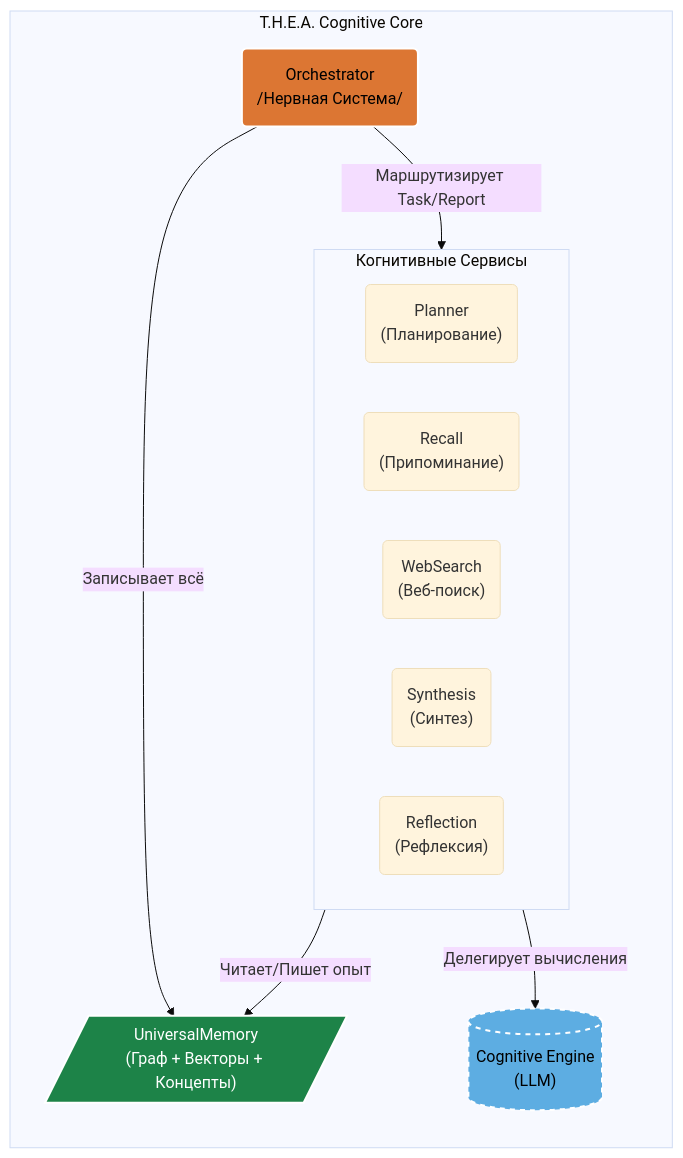
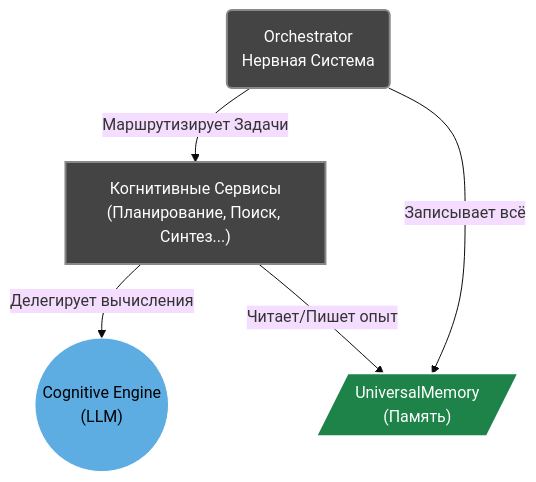
One commit to mcasdfgf/thea changed the second of 3 diagrams in ARCHITECTURE.ru.md. Above: the diagram before and after it, drawn with Mermaid (base theme). The commit also changed other lines of this file and 1 other file, not shown here.

````diff
--- a/ARCHITECTURE.ru.md
+++ b/ARCHITECTURE.ru.md
@@ -68,29 +58,20 @@
 ```mermaid
-graph TD
-    subgraph T.H.E.A. Cognitive Core
-        direction TB
-        
-        Orchestrator(Orchestrator<br/>/Нервная Система/)
-        
-        subgraph Services [Когнитивные Сервисы]
-            Planner("Planner<br/>(Планирование)")
-            Recall("Recall<br/>(Припоминание)")
-            WebSearch("WebSearch<br/>(Веб-поиск)")
-            Synthesizer("Synthesis<br/>(Синтез)")
-            Reflection("Reflection<br/>(Рефлексия)")
-        end
-        
-        LLM[("Cognitive Engine<br/>(LLM)")]
+flowchart TD
+    Orchestrator("Orchestrator<br/>Нервная Система")
+    Services["Когнитивные Сервисы<br/>(Планирование, Поиск, Синтез...)"]
+    LLM(("Cognitive Engine<br/>(LLM)"))
+    UniversalMemory[/"UniversalMemory<br/>(Память)"/]
 
-        UniversalMemory[/"UniversalMemory<br/>(Граф + Векторы + Концепты)"/]
-        
-        Orchestrator -- "Маршрутизирует Task/Report" --> Services
-        Services -- "Делегирует вычисления" --> LLM
-        Services -- "Читает/Пишет опыт" --> UniversalMemory
-        Orchestrator -- "Записывает всё" --> UniversalMemory
-    end
+    Orchestrator -- "Маршрутизирует Задачи" --> Services
+    Services -- "Делегирует вычисления" --> LLM
+    Services -- "Читает/Пишет опыт" --> UniversalMemory
+    Orchestrator -- "Записывает всё" --> UniversalMemory
 
-    style Orchestrator fill:#DC7633,stroke:#fff,stroke-width:2px,color:#000
-    style LLM fill:#5DADE2,stroke:#fff,stroke-width:2px,color:#000,stroke-dasharray: 5 5
-    style UniversalMemory fill:#1D8348,stroke:#fff,stroke-width:2px,color:#fff
+    classDef memoryStyle fill:#1D8348,stroke:#fff,stroke-width:2px,color:#fff
+    classDef processStyle fill:#444,stroke:#888,stroke-width:2px,color:#fff
+    classDef llmStyle fill:#5DADE2,stroke:#fff,stroke-width:1px,color:#000
+    
+    class UniversalMemory memoryStyle
+    class Orchestrator,Services processStyle
+    class LLM llmStyle
 ```
````
